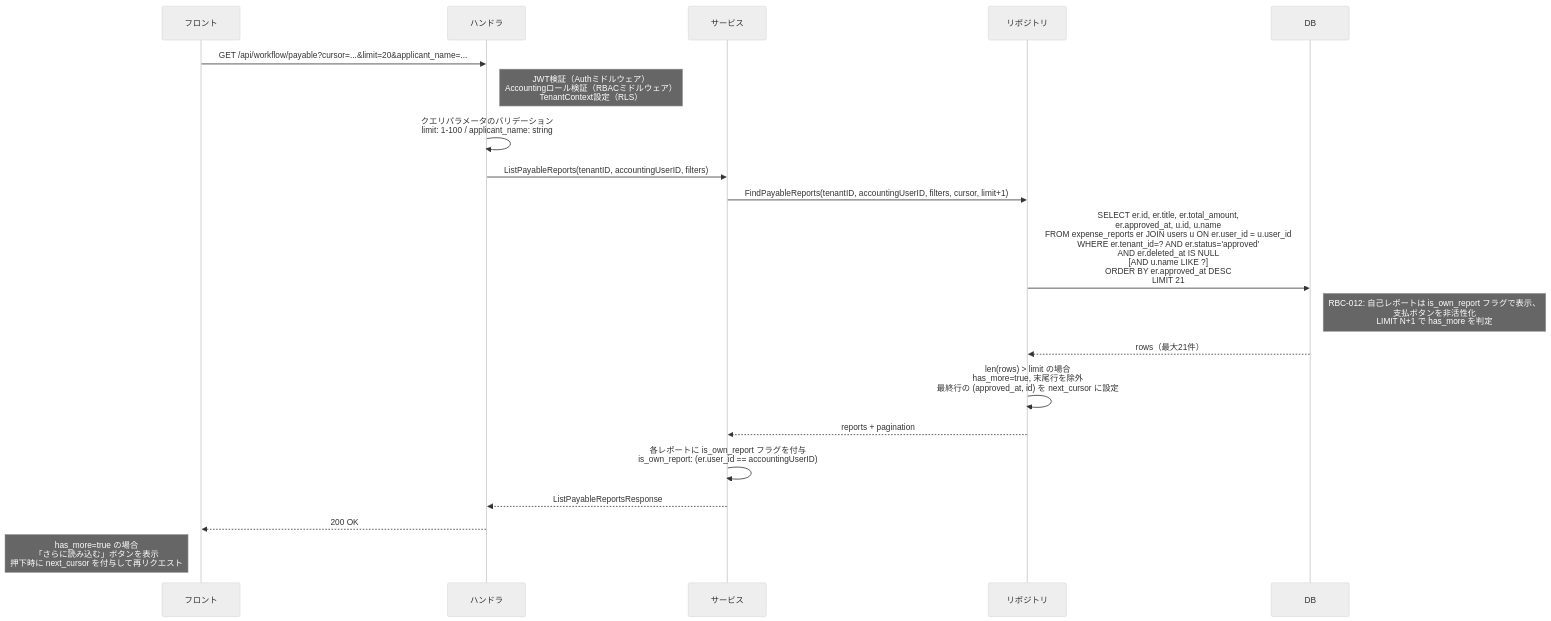
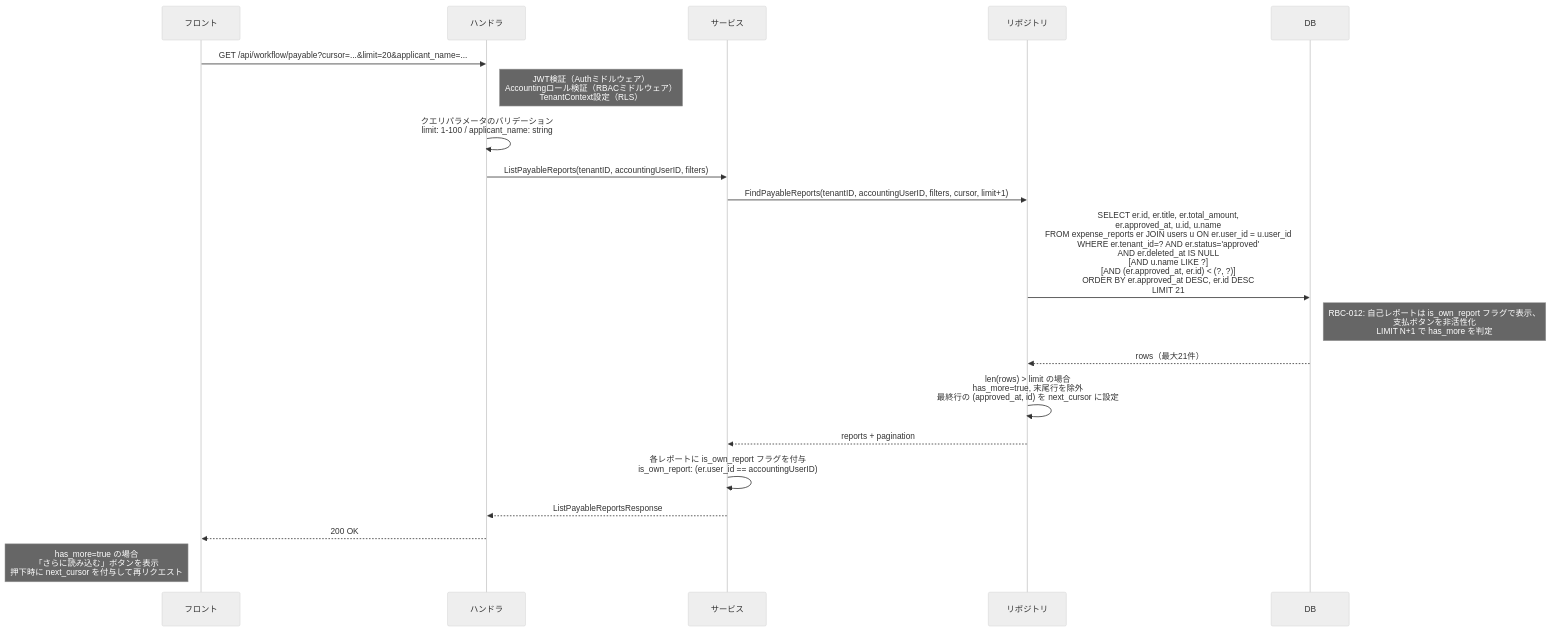
Before and after one commit to atsuro128/dev-journal: the diagram in deliverables/docs/50_detail_design/screens/workflow-payable.md, drawn with Mermaid (neutral theme). The commit also changed 3 other files, not shown here.

First line of the commit message:
fix: codex レビュー指摘3件を修正（シーケンス図）

````diff
--- a/deliverables/docs/50_detail_design/screens/workflow-payable.md
+++ b/deliverables/docs/50_detail_design/screens/workflow-payable.md
@@ -258,23 +258,23 @@
 ```mermaid
 sequenceDiagram
     participant F as フロント
     participant H as ハンドラ
     participant S as サービス
     participant R as リポジトリ
     participant DB as DB
 
     F->>H: GET /api/workflow/payable?cursor=...&limit=20&applicant_name=...
     Note right of H: JWT検証（Authミドルウェア）<br/>Accountingロール検証（RBACミドルウェア）<br/>TenantContext設定（RLS）
     H->>H: クエリパラメータのバリデーション<br/>limit: 1-100 / applicant_name: string
     H->>S: ListPayableReports(tenantID, accountingUserID, filters)
     S->>R: FindPayableReports(tenantID, accountingUserID, filters, cursor, limit+1)
-    R->>DB: SELECT er.id, er.title, er.total_amount,<br/>er.approved_at, u.id, u.name<br/>FROM expense_reports er JOIN users u ON er.user_id = u.user_id<br/>WHERE er.tenant_id=? AND er.status='approved'<br/>AND er.deleted_at IS NULL<br/>[AND u.name LIKE ?]<br/>ORDER BY er.approved_at DESC<br/>LIMIT 21
+    R->>DB: SELECT er.id, er.title, er.total_amount,<br/>er.approved_at, u.id, u.name<br/>FROM expense_reports er JOIN users u ON er.user_id = u.user_id<br/>WHERE er.tenant_id=? AND er.status='approved'<br/>AND er.deleted_at IS NULL<br/>[AND u.name LIKE ?]<br/>[AND (er.approved_at, er.id) < (?, ?)]<br/>ORDER BY er.approved_at DESC, er.id DESC<br/>LIMIT 21
     Note right of DB: RBC-012: 自己レポートは is_own_report フラグで表示、<br/>支払ボタンを非活性化<br/>LIMIT N+1 で has_more を判定
     DB-->>R: rows（最大21件）
     R->>R: len(rows) > limit の場合<br/>has_more=true, 末尾行を除外<br/>最終行の (approved_at, id) を next_cursor に設定
     R-->>S: reports + pagination
     S->>S: 各レポートに is_own_report フラグを付与<br/>is_own_report: (er.user_id == accountingUserID)
     S-->>H: ListPayableReportsResponse
     H-->>F: 200 OK
     Note left of F: has_more=true の場合<br/>「さらに読み込む」ボタンを表示<br/>押下時に next_cursor を付与して再リクエスト
 ```
````
